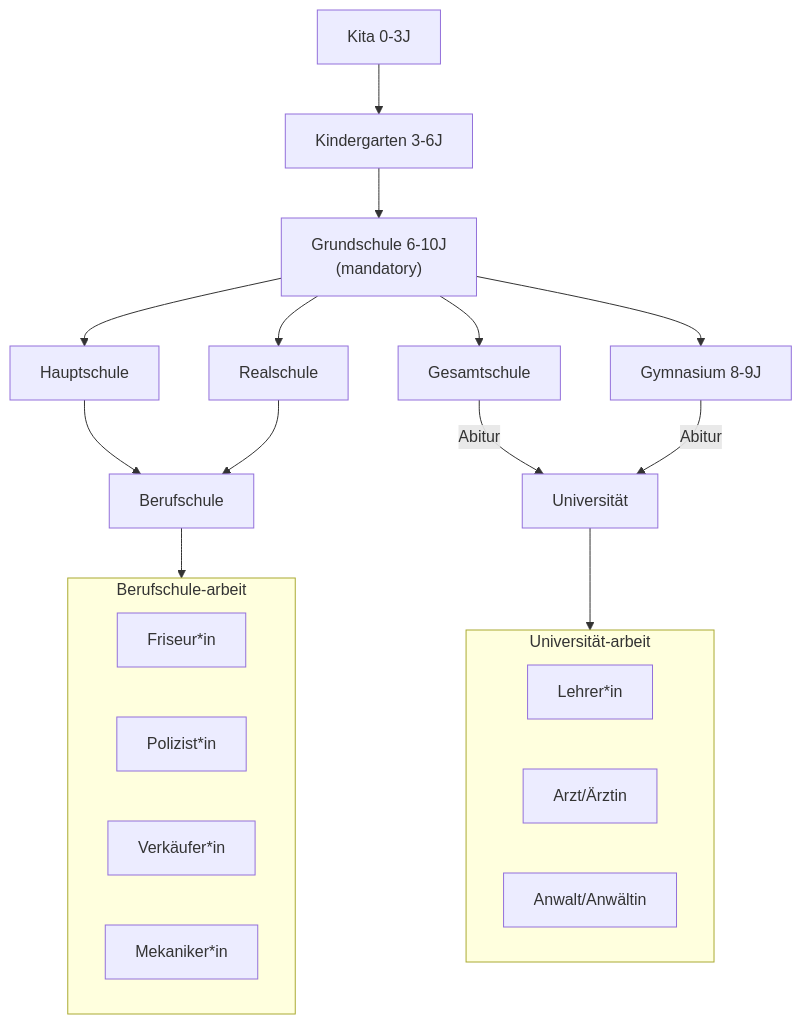
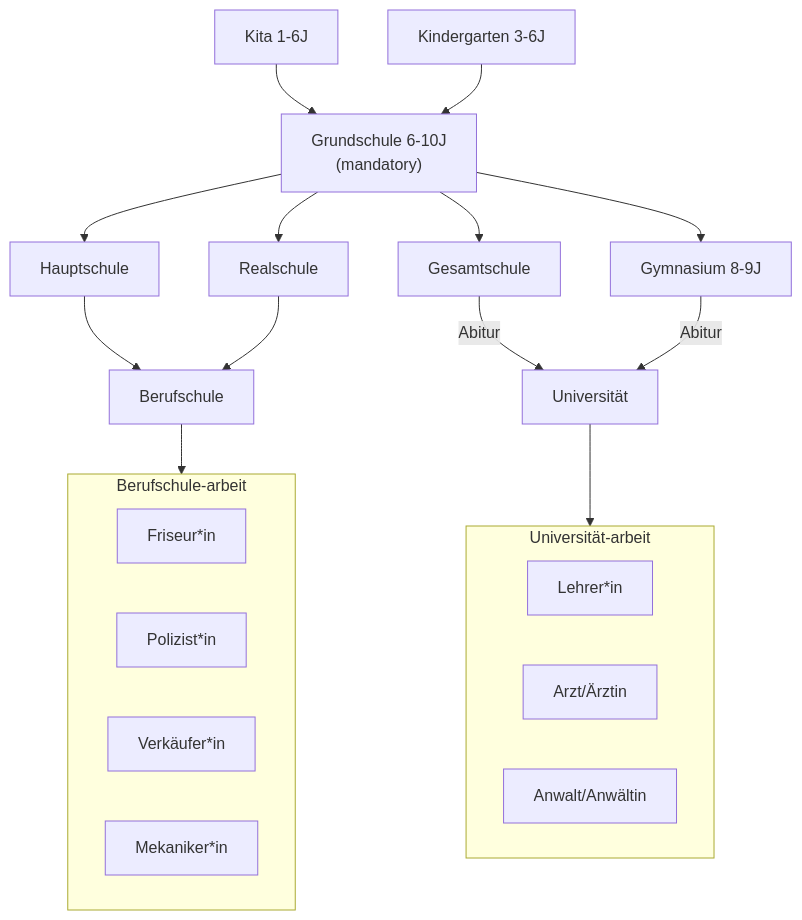
The diagram in content/german-school-system.md (applejag/notes), drawn with Mermaid before and after one commit.

Commit message:
Kita does not lead to Kindergarten

````diff
--- a/content/german-school-system.md
+++ b/content/german-school-system.md
@@ -7,22 +7,22 @@
 ```mermaid
 flowchart TB
-    Kita["Kita 0-3J"] --> Kindergarten["Kindergarten 3-6J"] --> Grundschule["Grundschule 6-10J\n(mandatory)"]
+    Kita["Kita 1-6J"] & Kindergarten["Kindergarten 3-6J"] --> Grundschule["Grundschule 6-10J\n(mandatory)"]
     Grundschule --> Hauptschule & Realschule & Gesamtschule & Gymnasium["Gymnasium 8-9J"]
     Hauptschule & Realschule --> Berufschule
     Gesamtschule & Gymnasium -->|Abitur| Universität
 
     Berufschule --> Berufschule-arbeit
     subgraph Berufschule-arbeit
         Friseur*in
         Polizist*in
         Verkäufer*in
         Mekaniker*in
     end
 
     Universität --> Universität-arbeit
     subgraph Universität-arbeit
         Lehrer*in
         Arzt/Ärztin
         Anwalt/Anwältin
     end
 ```
````
